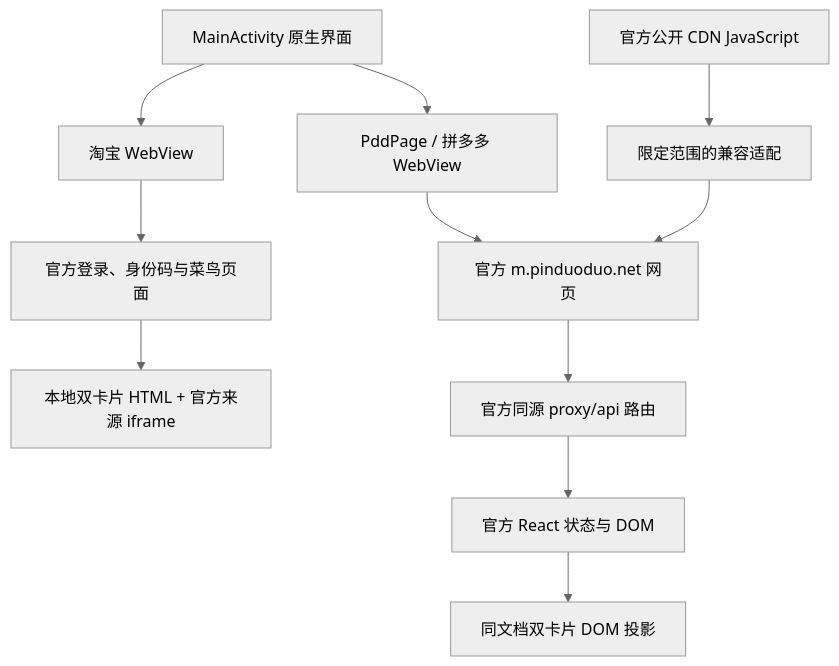
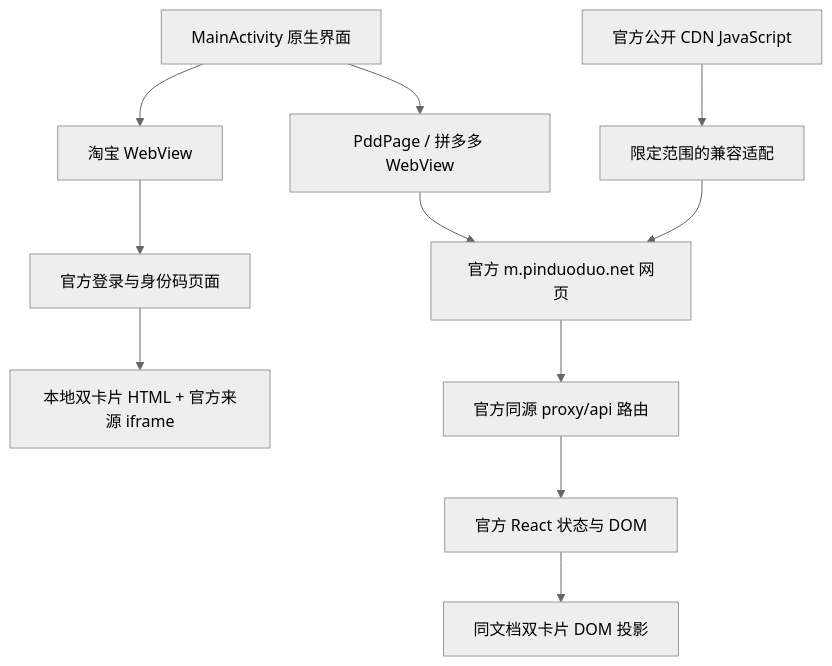
Before and after one commit to xianhe51920/handycode: the diagram in README.md, drawn with Mermaid (neutral theme). The commit also changed other lines of this file and 2 other files, not shown here.

````diff
--- a/README.md
+++ b/README.md
@@ -50,13 +50,13 @@
 ```mermaid
 flowchart TD
     A[MainActivity 原生界面] --> B[淘宝 WebView]
     A --> C[PddPage / 拼多多 WebView]
-    B --> D[官方登录、身份码与菜鸟页面]
+    B --> D[官方登录与身份码页面]
     D --> E[本地双卡片 HTML + 官方来源 iframe]
     C --> F[官方 m.pinduoduo.net 网页]
     F --> G[官方同源 proxy/api 路由]
     G --> H[官方 React 状态与 DOM]
     H --> I[同文档双卡片 DOM 投影]
     J[官方公开 CDN JavaScript] --> K[限定范围的兼容适配]
     K --> F
 ```
````
